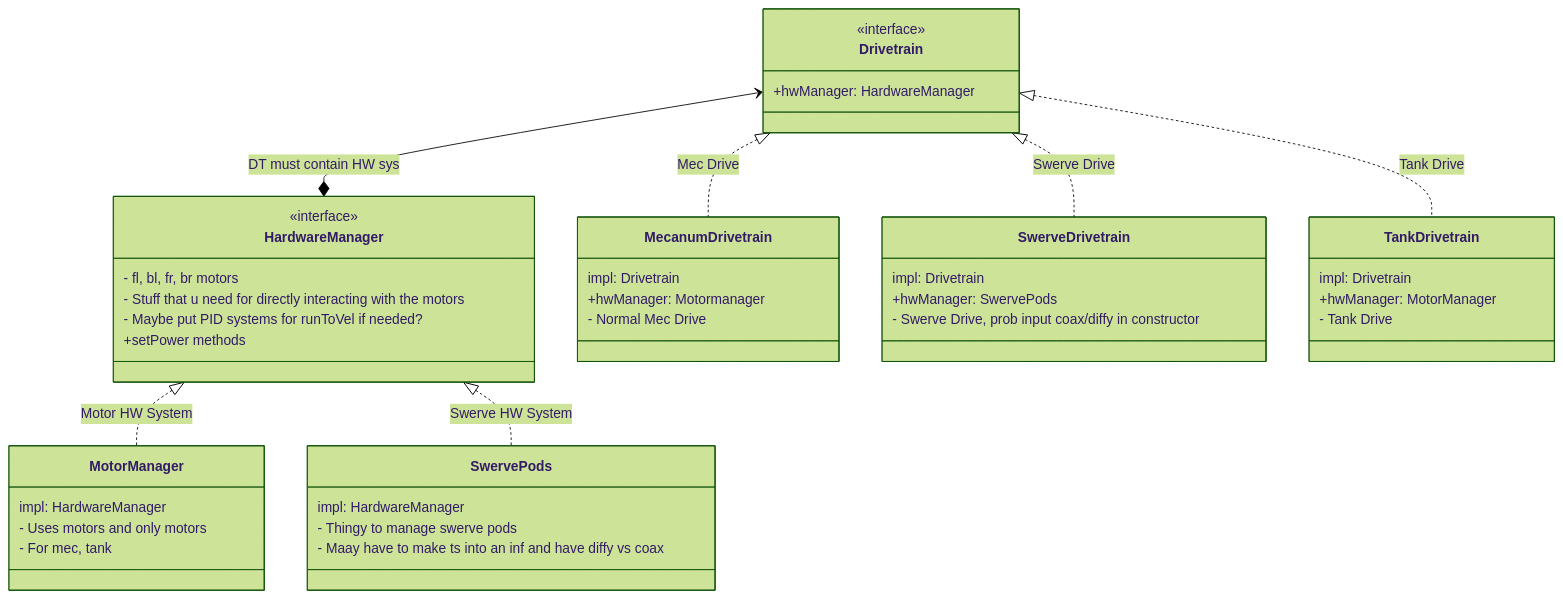
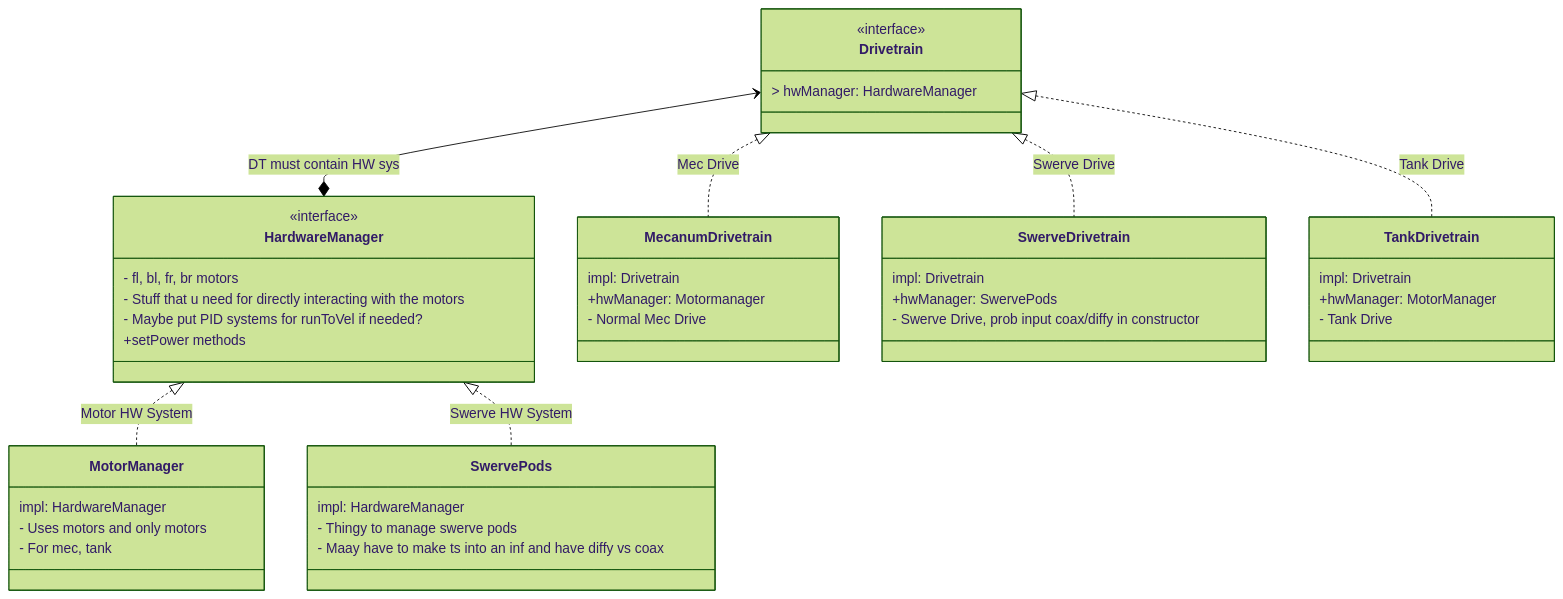
Before and after one commit to AchintyaAkula/MooseX: the first of 2 diagrams in TeamCode/ARCHITECTURE.md, drawn with Mermaid (forest theme). The commit also changed other lines of this file, not shown here.

````diff
--- a/TeamCode/ARCHITECTURE.md
+++ b/TeamCode/ARCHITECTURE.md
@@ -4,46 +4,46 @@
 ```mermaid
 classDiagram
     class Drivetrain {
         <<interface>>
-        +hwManager: HardwareManager
+        > hwManager: HardwareManager
     }
     class HardwareManager {
         <<interface>>
         - fl, bl, fr, br motors
         - Stuff that u need for directly interacting with the motors
         - Maybe put PID systems for runToVel if needed?
         +setPower methods
     }
     class MotorManager {
         impl: HardwareManager
         - Uses motors and only motors
         - For mec, tank
     }
     class MecanumDrivetrain {
         impl: Drivetrain
         +hwManager: Motormanager
         - Normal Mec Drive
     }
     class SwerveDrivetrain {
         impl: Drivetrain
         +hwManager: SwervePods
         - Swerve Drive, prob input coax/diffy in constructor
     }
     class SwervePods {
         impl: HardwareManager
         - Thingy to manage swerve pods
         - Maay have to make ts into an inf and have diffy vs coax
     }
     class TankDrivetrain {
         impl: Drivetrain
         +hwManager: MotorManager
         - Tank Drive
     }
 
     Drivetrain <|.. MecanumDrivetrain : Mec Drive
     Drivetrain <|.. SwerveDrivetrain : Swerve Drive
     HardwareManager <|.. MotorManager : Motor HW System
     HardwareManager <|.. SwervePods : Swerve HW System
     Drivetrain <|.. TankDrivetrain : Tank Drive
     Drivetrain <--* HardwareManager : DT must contain HW sys
 ```
````
